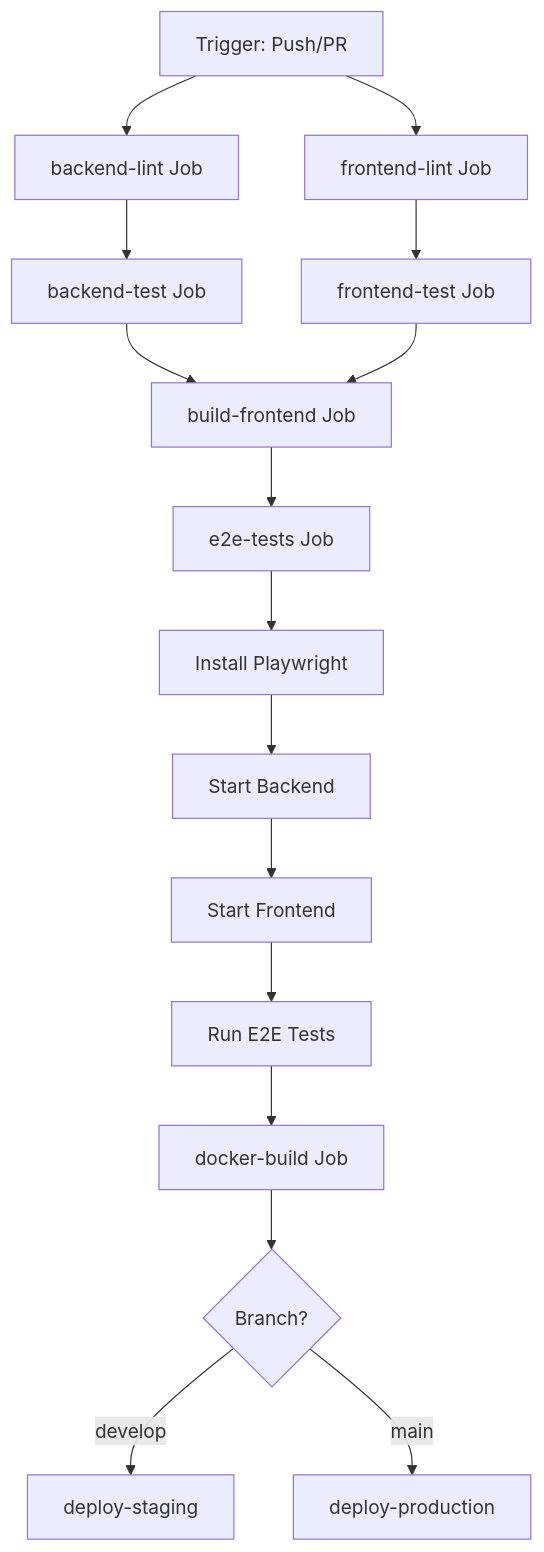
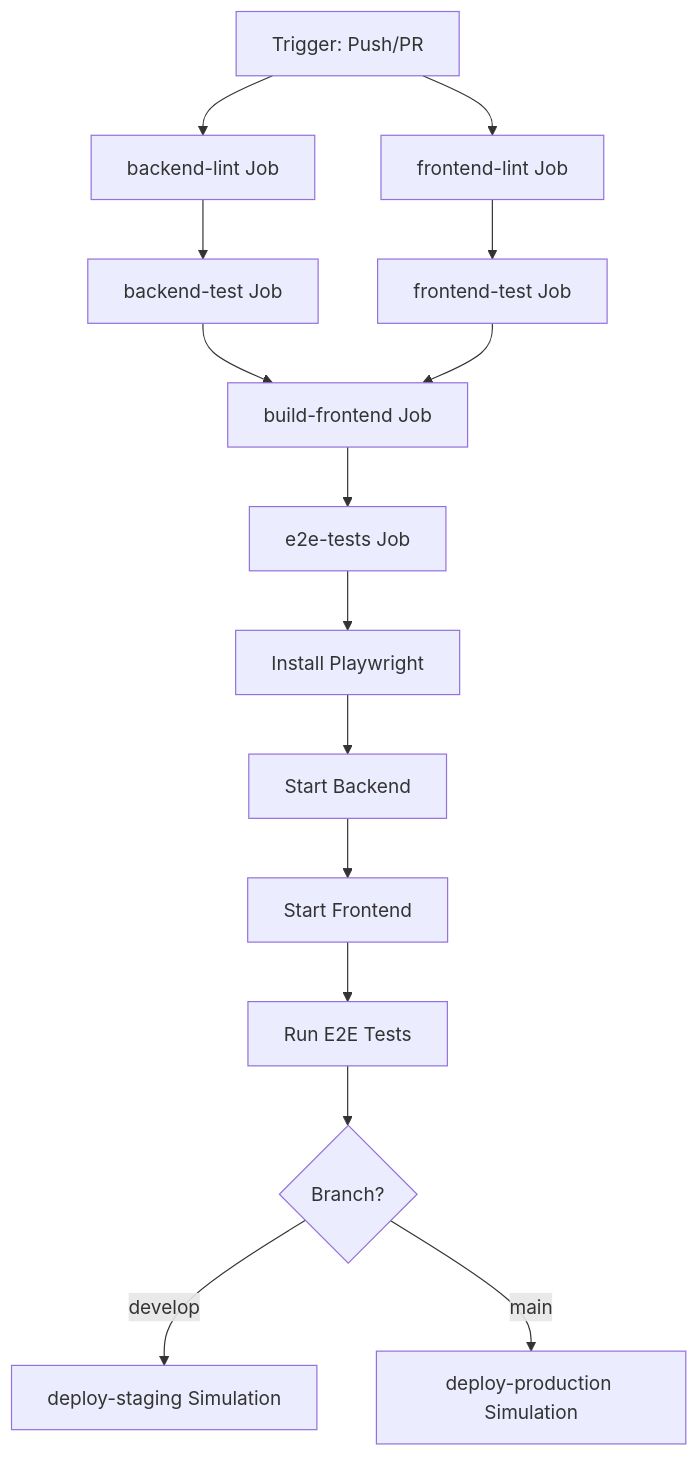
The third of 5 diagrams in docs/THESIS-KAPITEL-5-TECHNISCHE-UMSETZUNG.md (inf4395/bmi_app), drawn with Mermaid before and after one commit. The commit also changed other lines of this file and 4 other files, not shown here.

Commit message:
feat: Align all CI/CD pipelines for fair comparison - Disable Docker Build and standardize deploy simulation

````diff
--- a/docs/THESIS-KAPITEL-5-TECHNISCHE-UMSETZUNG.md
+++ b/docs/THESIS-KAPITEL-5-TECHNISCHE-UMSETZUNG.md
@@ -114,18 +113,17 @@
 ```mermaid
 graph TD
     A[Trigger: Push/PR] --> B[backend-lint Job]
     A --> C[frontend-lint Job]
     B --> D[backend-test Job]
     C --> E[frontend-test Job]
     D --> F[build-frontend Job]
     E --> F
     F --> G[e2e-tests Job]
     G --> H[Install Playwright]
     H --> I[Start Backend]
     I --> J[Start Frontend]
     J --> K[Run E2E Tests]
-    K --> L[docker-build Job]
-    L --> M{Branch?}
-    M -->|develop| N[deploy-staging]
-    M -->|main| O[deploy-production]
+    K --> M{Branch?}
+    M -->|develop| N[deploy-staging Simulation]
+    M -->|main| O[deploy-production Simulation]
 ```
````
